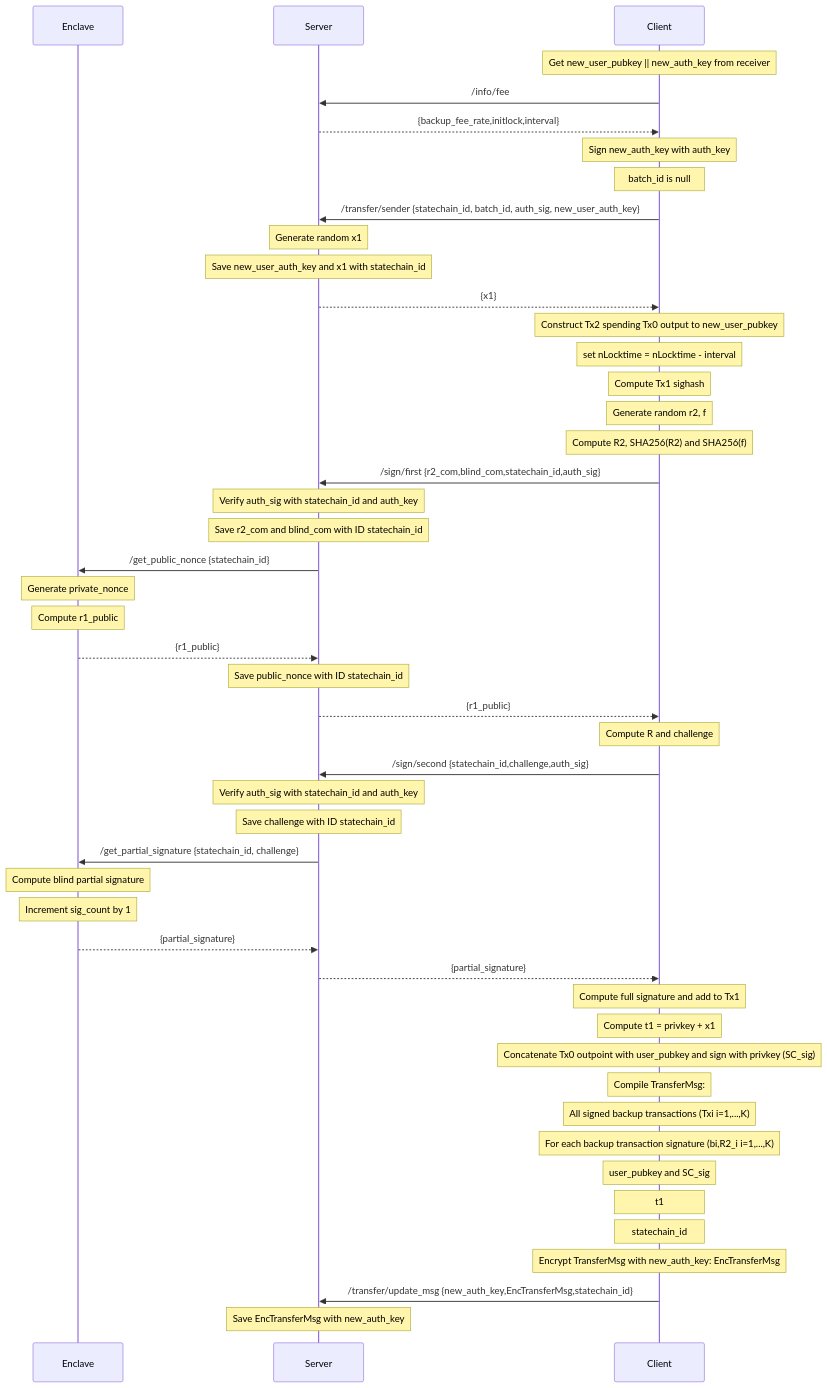
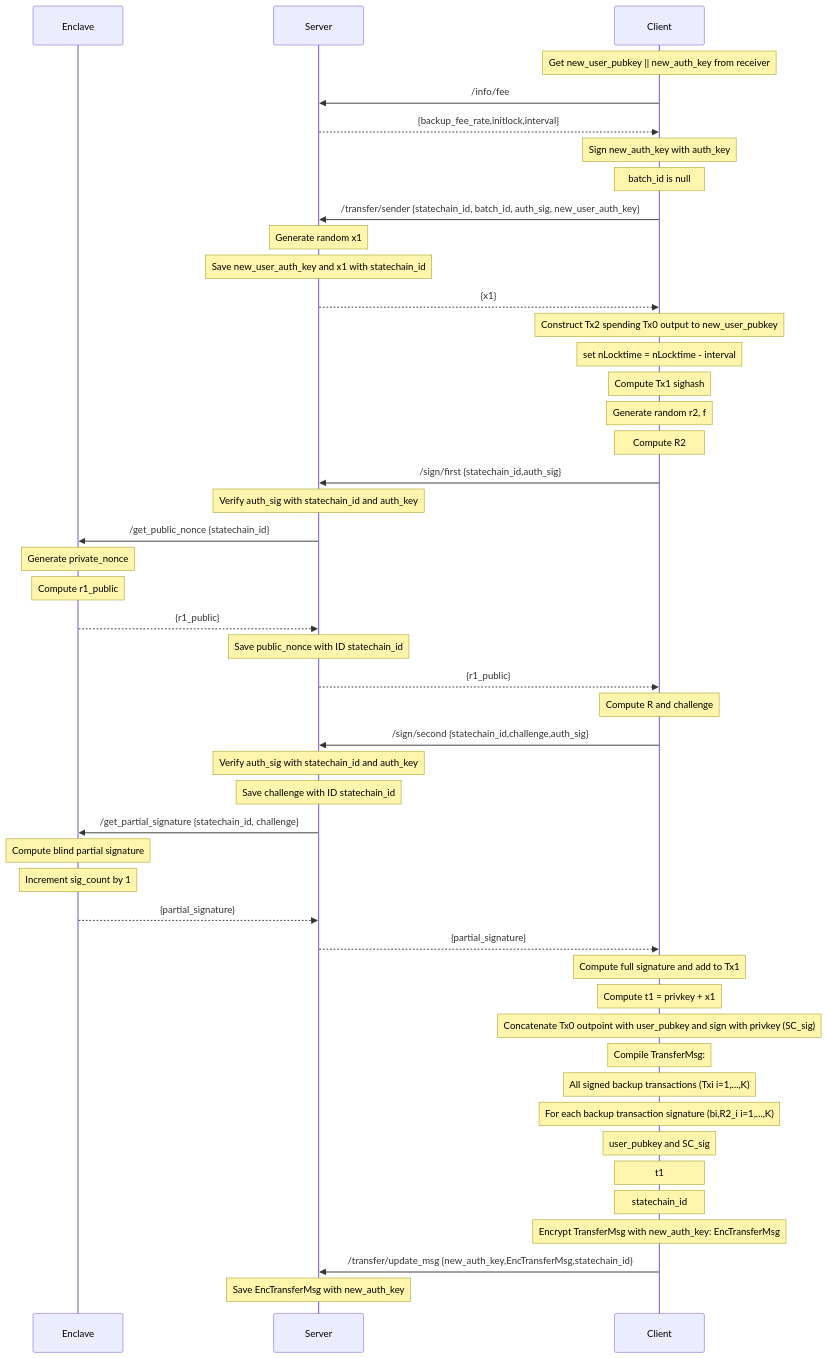
The diagram in docs/transfer_sender_sequence.md (commerceblock/mercurylayer), drawn with Mermaid before and after one commit. The commit also changed 15 other files, not shown here.

````diff
--- a/docs/transfer_sender_sequence.md
+++ b/docs/transfer_sender_sequence.md
@@ -3,50 +3,49 @@
 ```mermaid
 sequenceDiagram
     participant Enclave
     participant Server
     participant Client
     note over Client: Get new_user_pubkey || new_auth_key from receiver
     Client->>Server: /info/fee
     Server-->>Client: {backup_fee_rate,initlock,interval}
     note over Client: Sign new_auth_key with auth_key
     note over Client: batch_id is null
     Client->>Server: /transfer/sender {statechain_id, batch_id, auth_sig, new_user_auth_key}
     note over Server: Generate random x1
     note over Server: Save new_user_auth_key and x1 with statechain_id
     Server-->>Client: {x1}
     note over Client: Construct Tx2 spending Tx0 output to new_user_pubkey
     note over Client: set nLocktime = nLocktime - interval
     note over Client: Compute Tx1 sighash
     note over Client: Generate random r2, f 
-    note over Client: Compute R2, SHA256(R2) and SHA256(f)
-    Client->>Server: /sign/first {r2_com,blind_com,statechain_id,auth_sig}
+    note over Client: Compute R2
+    Client->>Server: /sign/first {statechain_id,auth_sig}
     note over Server: Verify auth_sig with statechain_id and auth_key
-    note over Server: Save r2_com and blind_com with ID statechain_id
     Server->>Enclave: /get_public_nonce {statechain_id}
     note over Enclave: Generate private_nonce
     note over Enclave: Compute r1_public
     Enclave-->>Server: {r1_public}
     note over Server: Save public_nonce with ID statechain_id
     Server-->>Client: {r1_public}
     note over Client: Compute R and challenge
     Client->>Server: /sign/second {statechain_id,challenge,auth_sig}
     note over Server: Verify auth_sig with statechain_id and auth_key
     note over Server: Save challenge with ID statechain_id
     Server->>Enclave: /get_partial_signature {statechain_id, challenge}
     note over Enclave: Compute blind partial signature
     note over Enclave: Increment sig_count by 1
     Enclave-->>Server: {partial_signature}
     Server-->>Client: {partial_signature}
     note over Client: Compute full signature and add to Tx1
     note over Client: Compute t1 = privkey + x1
     note over Client: Concatenate Tx0 outpoint with user_pubkey and sign with privkey (SC_sig)
     note over Client: Compile TransferMsg: 
     note over Client: All signed backup transactions (Txi i=1,...,K)
     note over Client: For each backup transaction signature (bi,R2_i i=1,...,K)
     note over Client: user_pubkey and SC_sig
     note over Client: t1
     note over Client: statechain_id
     note over Client: Encrypt TransferMsg with new_auth_key: EncTransferMsg
     Client->>Server: /transfer/update_msg {new_auth_key,EncTransferMsg,statechain_id}
     note over Server: Save EncTransferMsg with new_auth_key
 ```
````
